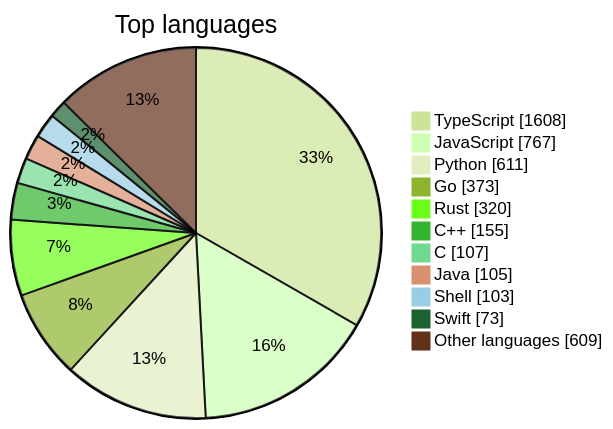
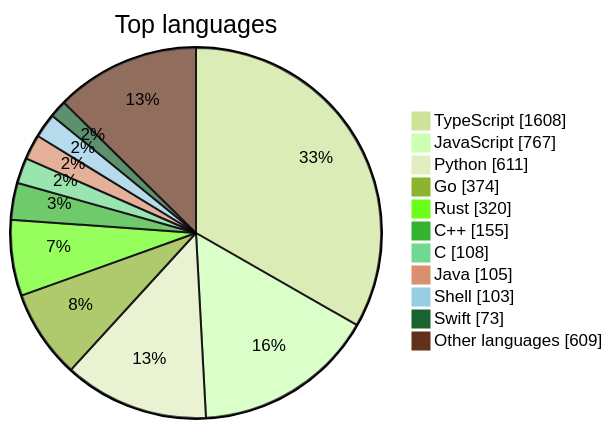
The first of 2 diagrams in README.md (maxgfr/awesome-stars), drawn with Mermaid (forest theme) before and after one commit. The commit also changed other lines of this file and 27 other files, not shown here.

````diff
--- a/README.md
+++ b/README.md
@@ -39,14 +39,14 @@
 ```mermaid
 pie showData title Top languages
     "TypeScript" : 1608
     "JavaScript" : 767
     "Python" : 611
-    "Go" : 373
+    "Go" : 374
     "Rust" : 320
     "C++" : 155
-    "C" : 107
+    "C" : 108
     "Java" : 105
     "Shell" : 103
     "Swift" : 73
     "Other languages" : 609
 ```
````
